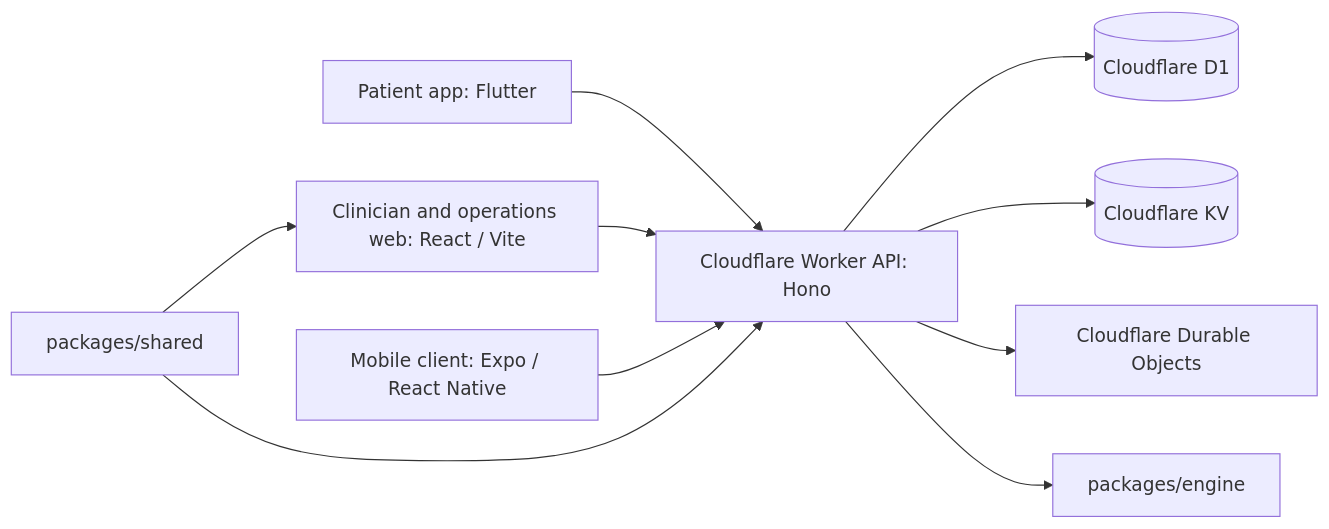
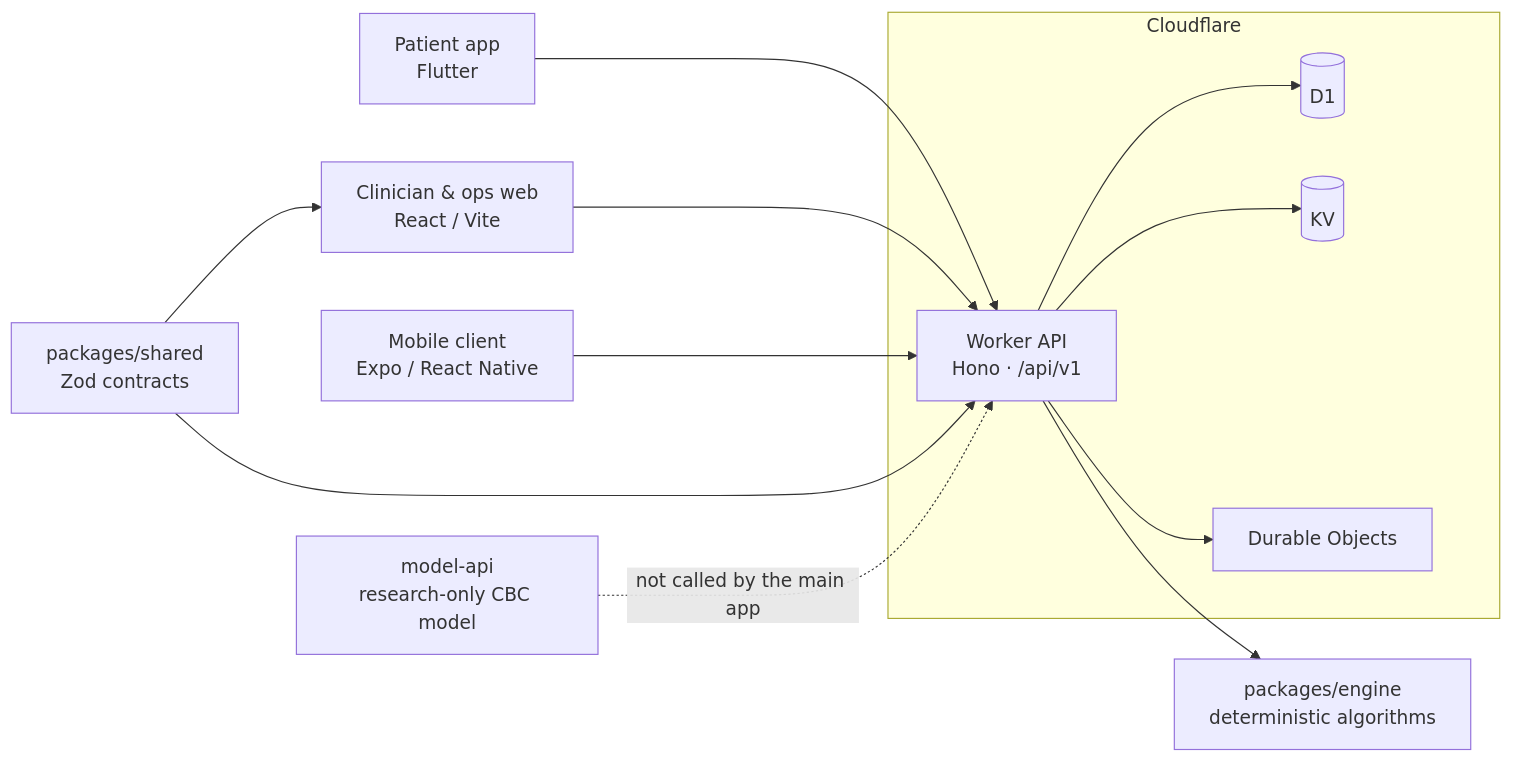
One commit to potlasrisharan/hackshift-sudarshan changed the second of 2 diagrams in README.md. Above: the diagram before and after it, drawn with Mermaid. The commit also changed other lines of this file, not shown here.

````diff
--- a/README.md
+++ b/README.md
@@ -25,12 +94,21 @@
 ```mermaid
 flowchart LR
-  APP[Patient app: Flutter] --> API[Cloudflare Worker API: Hono]
-  WEB[Clinician and operations web: React / Vite] --> API
-  RN[Mobile client: Expo / React Native] --> API
-  API --> D1[(Cloudflare D1)]
-  API --> KV[(Cloudflare KV)]
-  API --> DO[Cloudflare Durable Objects]
-  API --> ENGINE[packages/engine]
-  CONTRACTS[packages/shared] --> API
+  APP["Patient app<br/>Flutter"] --> API
+  WEB["Clinician & ops web<br/>React / Vite"] --> API
+  RN["Mobile client<br/>Expo / React Native"] --> API
+
+  subgraph CF["Cloudflare"]
+    API["Worker API<br/>Hono · /api/v1"]
+    D1[("D1")]
+    KV[("KV")]
+    DO["Durable Objects"]
+  end
+
+  API --> D1
+  API --> KV
+  API --> DO
+  API --> ENGINE["packages/engine<br/>deterministic algorithms"]
+  CONTRACTS["packages/shared<br/>Zod contracts"] --> API
   CONTRACTS --> WEB
+  MODEL["model-api<br/>research-only CBC model"] -.->|"not called by the main app"| API
 ```
````
